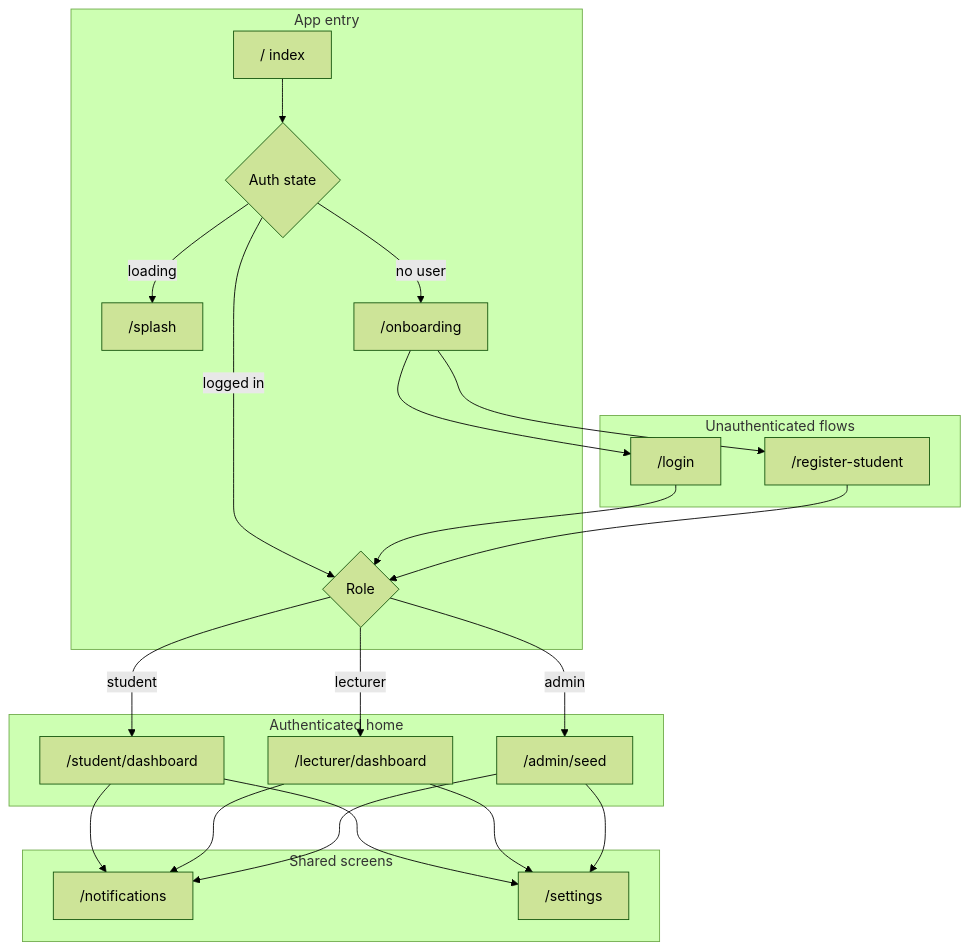
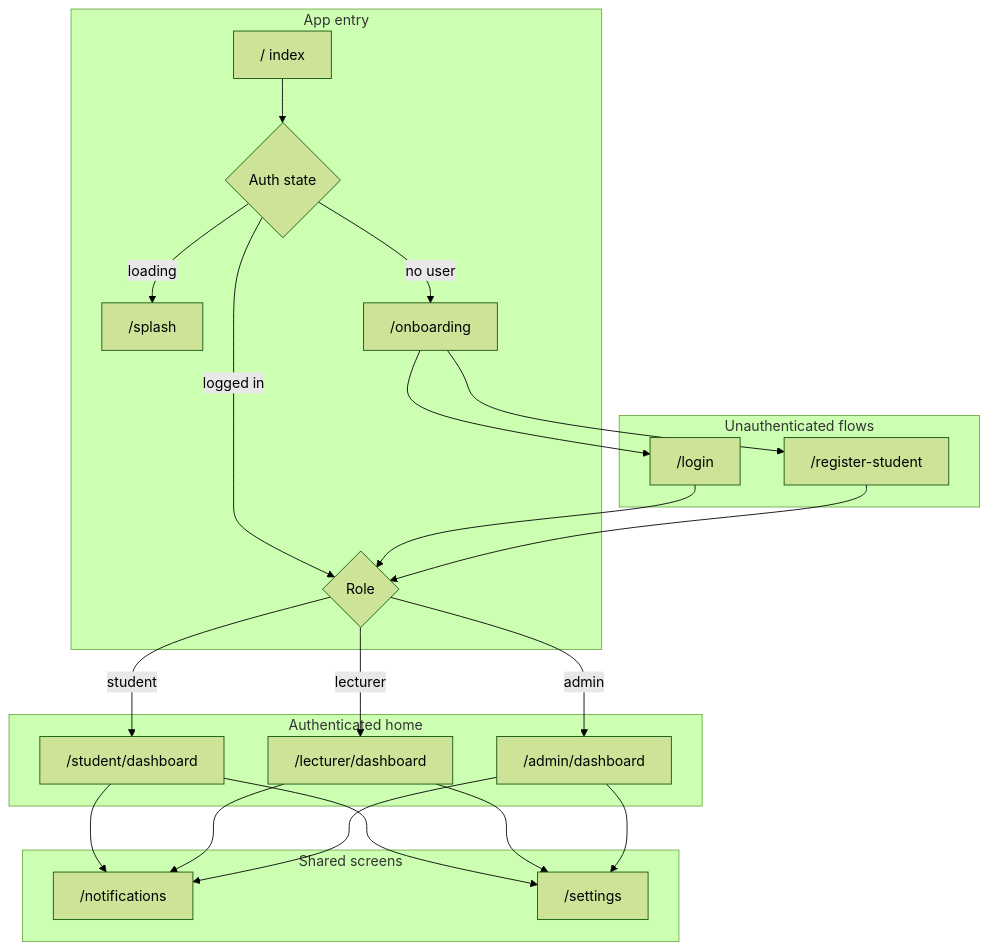
Before and after one commit to answer-mthombe/STARS_LITE: the first of 3 diagrams in README.md, drawn with Mermaid (forest theme). The commit also changed other lines of this file and 60 other files, not shown here.

````diff
--- a/README.md
+++ b/README.md
@@ -42,34 +44,34 @@
 ```mermaid
 flowchart TB
   subgraph entry["App entry"]
     A["/  index"] --> B{Auth state}
     B -->|loading| S["/splash"]
     B -->|no user| O["/onboarding"]
     B -->|logged in| R{Role}
   end
 
   subgraph auth["Unauthenticated flows"]
     O --> L["/login"]
     O --> RS["/register-student"]
     L --> R
     RS --> R
   end
 
   subgraph roles["Authenticated home"]
     R -->|student| SD["/student/dashboard"]
     R -->|lecturer| LD["/lecturer/dashboard"]
-    R -->|admin| AD["/admin/seed"]
+    R -->|admin| AD["/admin/dashboard"]
   end
 
   subgraph shared["Shared screens"]
     N["/notifications"]
     ST["/settings"]
   end
 
   SD --> N
   SD --> ST
   LD --> N
   LD --> ST
   AD --> N
   AD --> ST
 ```
````
